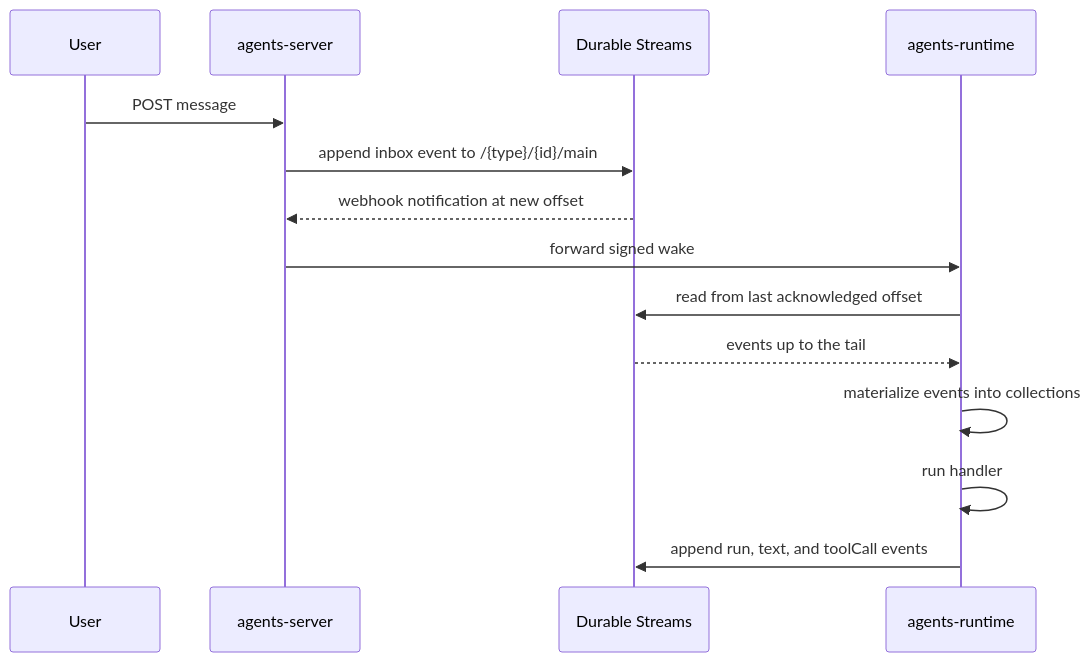
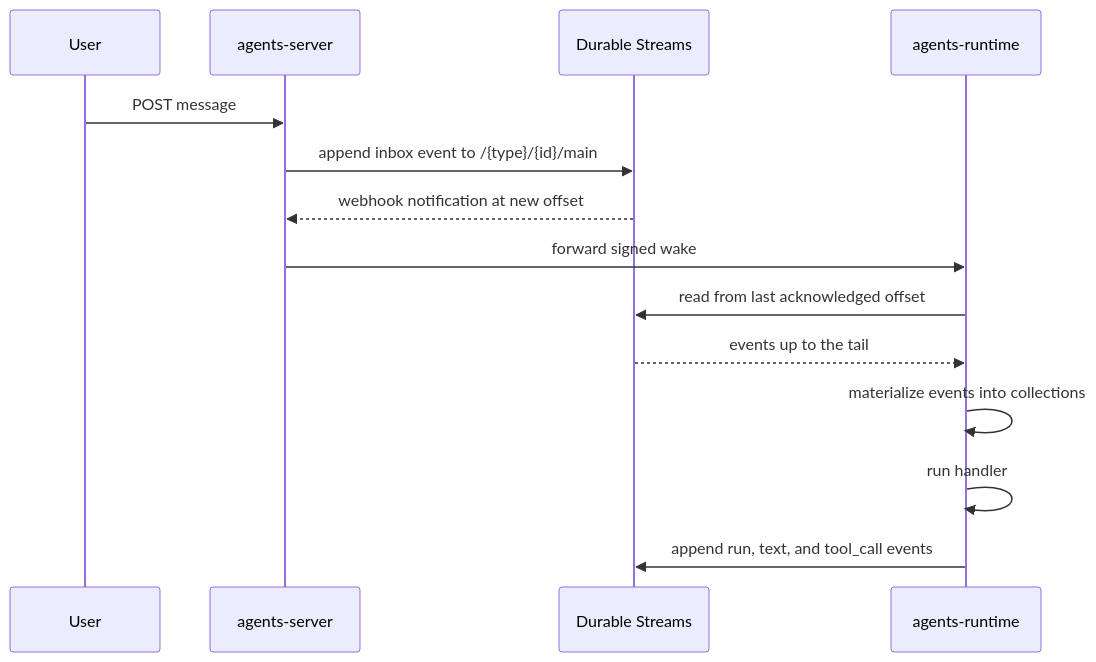
One commit to ewe-studios/explorations changed the second of 2 diagrams in src.durable-streams/src.electric/markdown/00-overview.md. Above: the diagram before and after it, drawn with Mermaid. The commit also changed other lines of this file and 112 other files, not shown here.

````diff
--- a/src.durable-streams/src.electric/markdown/00-overview.md
+++ b/src.durable-streams/src.electric/markdown/00-overview.md
@@ -80,16 +80,16 @@
 ```mermaid
 sequenceDiagram
     participant U as User
     participant S as agents-server
     participant D as Durable Streams
     participant R as agents-runtime
     U->>S: POST message
     S->>D: append inbox event to /{type}/{id}/main
     D-->>S: webhook notification at new offset
     S->>R: forward signed wake
     R->>D: read from last acknowledged offset
     D-->>R: events up to the tail
     R->>R: materialize events into collections
     R->>R: run handler
-    R->>D: append run, text, and toolCall events
+    R->>D: append run, text, and tool_call events
 ```
````
